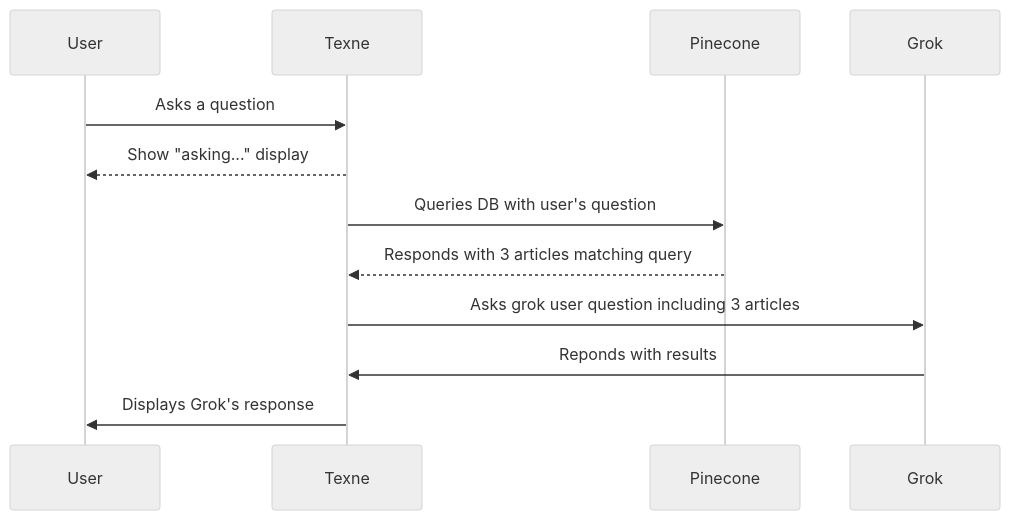
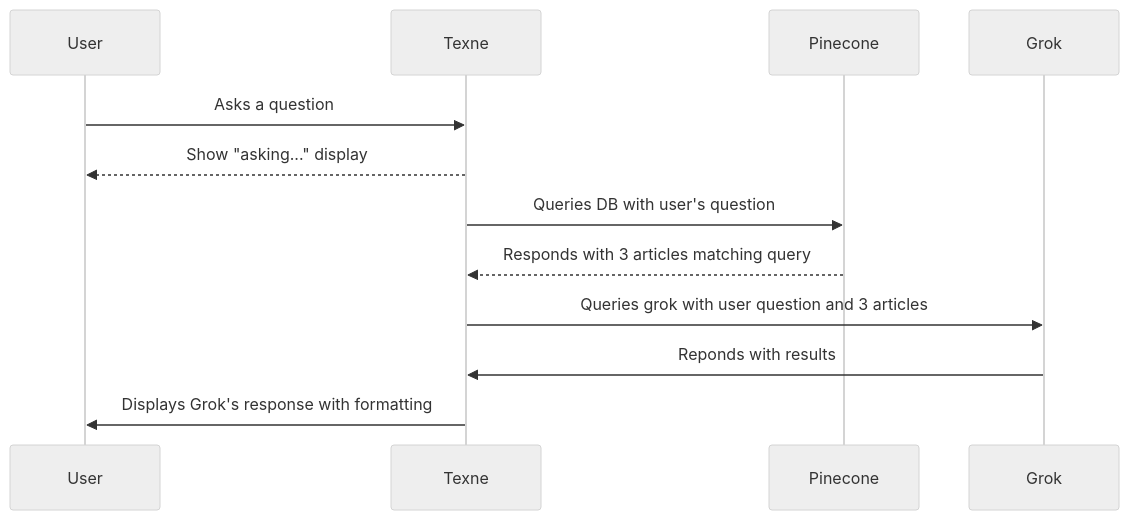
The diagram in README.md (samullen/texne), drawn with Mermaid (neutral theme) before and after one commit. The commit also changed other lines of this file and 3 other files, not shown here.

````diff
--- a/README.md
+++ b/README.md
@@ -6,10 +37,10 @@
 ```mermaid
 sequenceDiagram
   User->>Texne: Asks a question
   Texne-->>User: Show "asking..." display
   Texne->>Pinecone: Queries DB with user's question
   Pinecone-->>Texne: Responds with 3 articles matching query
-  Texne->>Grok: Asks grok user question including 3 articles
+  Texne->>Grok: Queries grok with user question and 3 articles
   Grok->>Texne: Reponds with results
-  Texne->>User: Displays Grok's response
+  Texne->>User: Displays Grok's response with formatting
 ```
````
